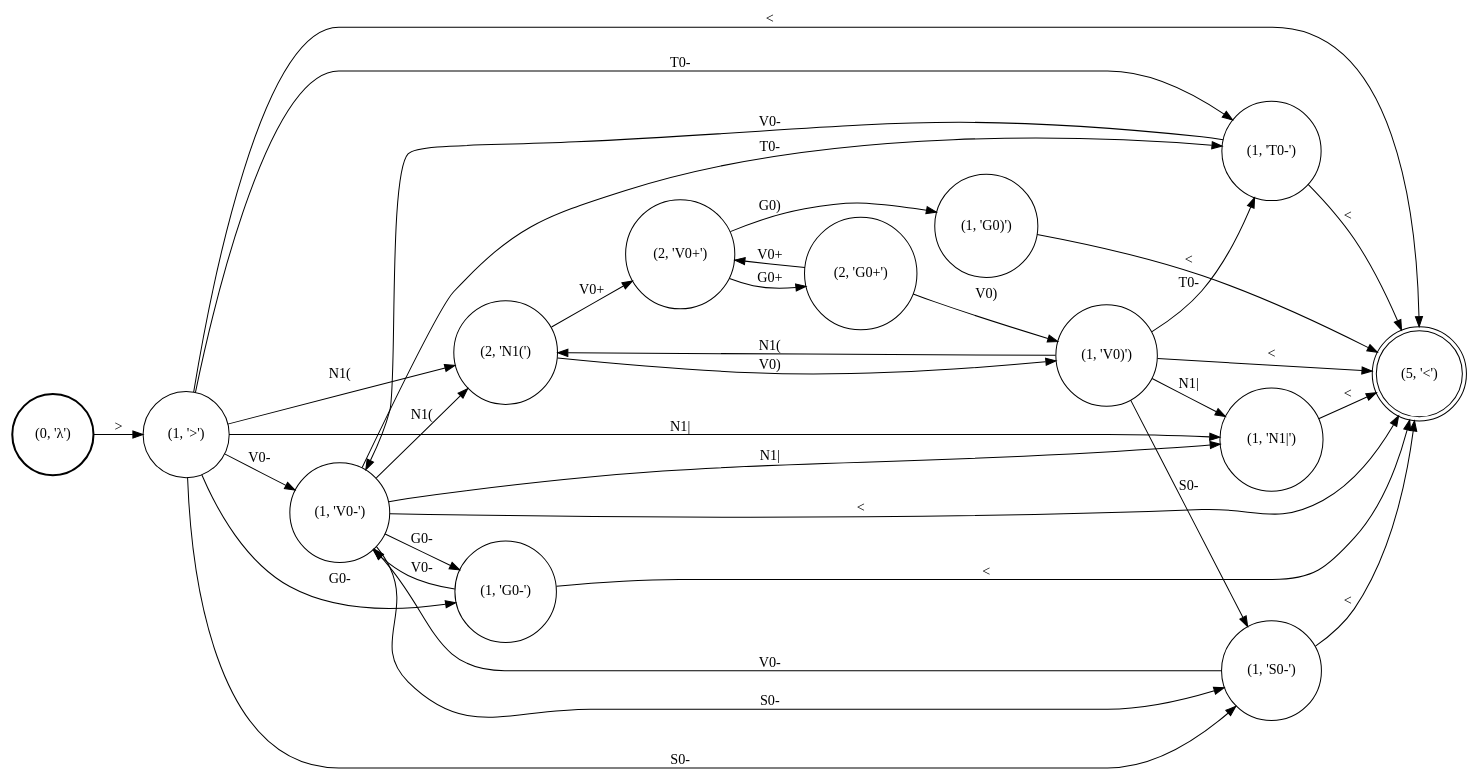
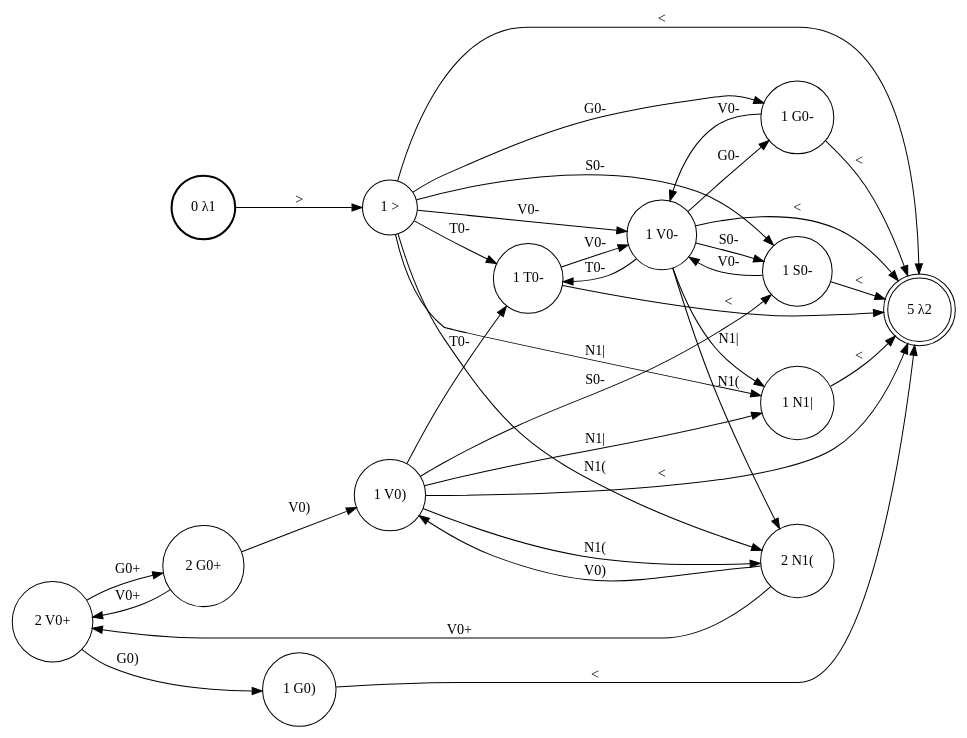
Before and after one commit to colincwilson/statgram: the diagram in demo/nasal_spreading/Lang_nasal.dot, drawn with Graphviz. The commit also changed 13 other files, not shown here.

```diff
--- a/demo/nasal_spreading/Lang_nasal.dot
+++ b/demo/nasal_spreading/Lang_nasal.dot
@@ -1,50 +1,49 @@
 digraph G {
 rankdir=LR;
-node [shape=circle]
-0 [label="(1, 'V0-')"]
-1 [shape=doublecircle label="(5, '<')"]
-2 [label="(1, '>')"]
-3 [style=bold label="(0, 'λ')"]
-4 [label="(1, 'V0)')"]
-5 [label="(1, 'T0-')"]
-6 [label="(1, 'G0)')"]
-7 [label="(1, 'N1|')"]
-8 [label="(2, 'N1(')"]
-9 [label="(2, 'V0+')"]
-10 [label="(1, 'G0-')"]
-11 [label="(1, 'S0-')"]
-12 [label="(2, 'G0+')"]
-5 -> 0 [label="V0-"]
-11 -> 1 [label="<"]
-10 -> 1 [label="<"]
-0 -> 8 [label="N1("]
-12 -> 9 [label="V0+"]
-4 -> 11 [label="S0-"]
-4 -> 7 [label="N1|"]
-12 -> 4 [label="V0)"]
-9 -> 6 [label="G0)"]
-7 -> 1 [label="<"]
-2 -> 8 [label="N1("]
-0 -> 10 [label="G0-"]
-4 -> 8 [label="N1("]
-0 -> 5 [label="T0-"]
-9 -> 12 [label="G0+"]
-4 -> 5 [label="T0-"]
-10 -> 0 [label="V0-"]
-2 -> 10 [label="G0-"]
-2 -> 5 [label="T0-"]
-8 -> 9 [label="V0+"]
-5 -> 1 [label="<"]
-2 -> 1 [label="<"]
-8 -> 4 [label="V0)"]
-6 -> 1 [label="<"]
-3 -> 2 [label=">"]
-0 -> 11 [label="S0-"]
-0 -> 7 [label="N1|"]
-2 -> 11 [label="S0-"]
-11 -> 0 [label="V0-"]
-0 -> 1 [label="<"]
-4 -> 1 [label="<"]
-2 -> 7 [label="N1|"]
-2 -> 0 [label="V0-"]
+0 [style=solid, shape=circle, label="2 V0+"]
+1 [style=solid, shape=circle, label="1 G0-"]
+2 [style=solid, shape=circle, label="1 V0-"]
+3 [style=solid, shape=circle, label="1 >"]
+4 [style=solid, shape=circle, label="1 T0-"]
+5 [style=solid, shape=circle, label="1 V0)"]
+6 [style=bold, shape=circle, label="0 λ1"]
+7 [style=solid, shape=circle, label="1 S0-"]
+8 [style=solid, shape=circle, label="2 N1("]
+9 [style=solid, shape=circle, label="1 N1|"]
+10 [style=solid, shape=doublecircle, label="5 λ2"]
+11 [style=solid, shape=circle, label="1 G0)"]
+12 [style=solid, shape=circle, label="2 G0+"]
+3 -> 2 [style=solid, label="V0-"]
+2 -> 4 [style=solid, label="T0-"]
+11 -> 10 [style=solid, label="<"]
+5 -> 8 [style=solid, label="N1("]
+3 -> 10 [style=solid, label="<"]
+6 -> 3 [style=solid, label=">"]
+2 -> 10 [style=solid, label="<"]
+12 -> 0 [style=solid, label="V0+"]
+4 -> 10 [style=solid, label="<"]
+5 -> 4 [style=solid, label="T0-"]
+3 -> 4 [style=solid, label="T0-"]
+5 -> 10 [style=solid, label="<"]
+0 -> 11 [style=solid, label="G0)"]
+4 -> 2 [style=solid, label="V0-"]
+1 -> 10 [style=solid, label="<"]
+9 -> 10 [style=solid, label="<"]
+3 -> 8 [style=solid, label="N1("]
+3 -> 9 [style=solid, label="N1|"]
+1 -> 2 [style=solid, label="V0-"]
+12 -> 5 [style=solid, label="V0)"]
+7 -> 10 [style=solid, label="<"]
+8 -> 0 [style=solid, label="V0+"]
+5 -> 9 [style=solid, label="N1|"]
+3 -> 7 [style=solid, label="S0-"]
+7 -> 2 [style=solid, label="V0-"]
+5 -> 7 [style=solid, label="S0-"]
+2 -> 9 [style=solid, label="N1|"]
+3 -> 1 [style=solid, label="G0-"]
+0 -> 12 [style=solid, label="G0+"]
+8 -> 5 [style=solid, label="V0)"]
+2 -> 7 [style=solid, label="S0-"]
+2 -> 1 [style=solid, label="G0-"]
+2 -> 8 [style=solid, label="N1("]
 }
```
